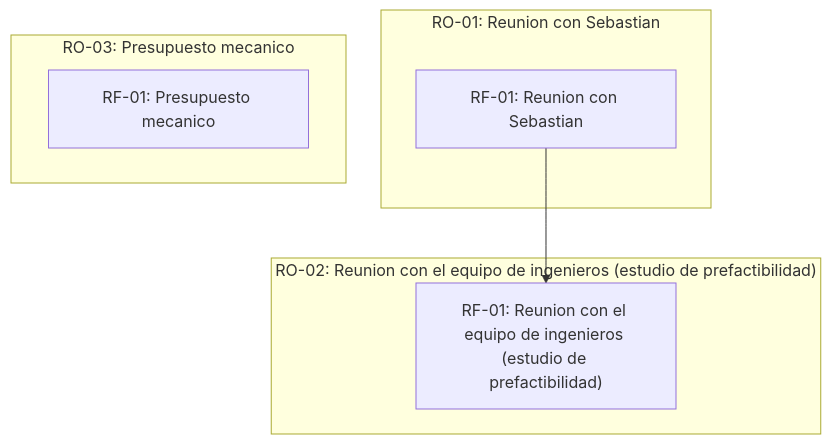
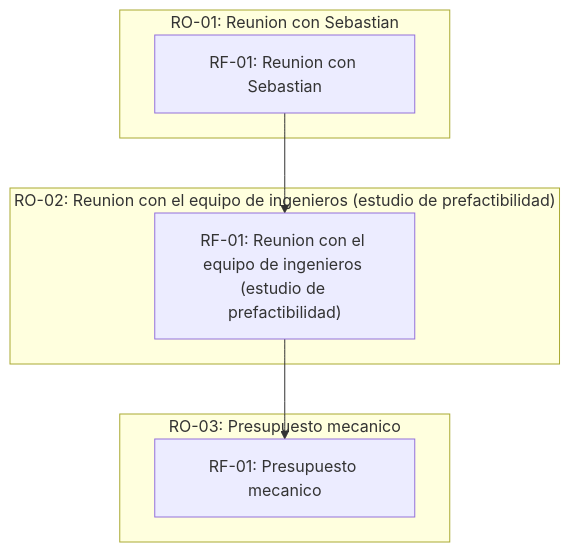
Before and after one commit to fiemcasals/ProyectoVAD: the diagram in scrumDocs/grafo.md, drawn with Mermaid. The commit also changed other lines of this file, not shown here.

````diff
--- a/scrumDocs/grafo.md
+++ b/scrumDocs/grafo.md
@@ -5,13 +5,14 @@
 ```mermaid
 graph TD
   subgraph US_1789213601492["RO-01: Reunion con Sebastian"]
     REQ_1789213601498["RF-01: Reunion con Sebastian"]
   end
   subgraph US_1789213867397["RO-02: Reunion con el equipo de ingenieros (estudio de prefactibilidad)"]
     REQ_1789213867404["RF-01: Reunion con el equipo de ingenieros (estudio de prefactibilidad)"]
   end
   subgraph US_1789214807204["RO-03: Presupuesto mecanico"]
     REQ_1789214807210["RF-01: Presupuesto mecanico"]
   end
   REQ_1789213601498 --> REQ_1789213867404
+  REQ_1789213867404 --> REQ_1789214807210
 ```
````
